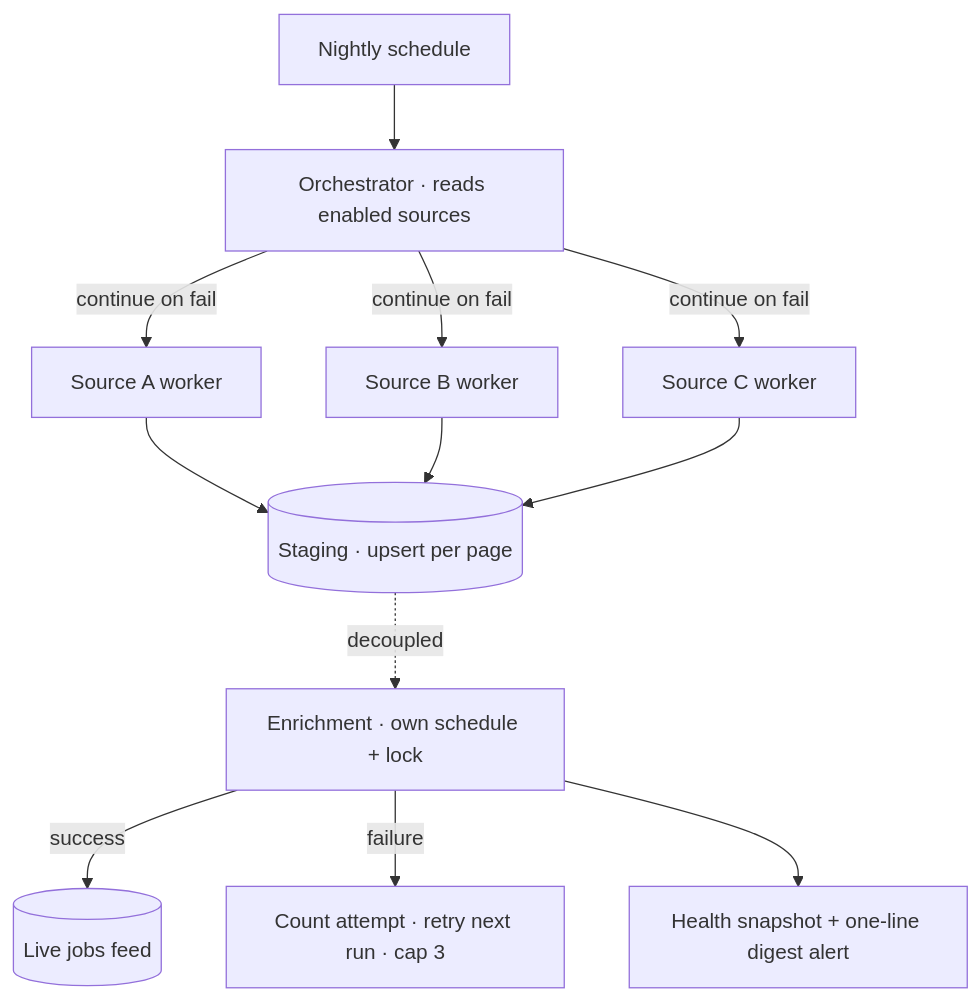
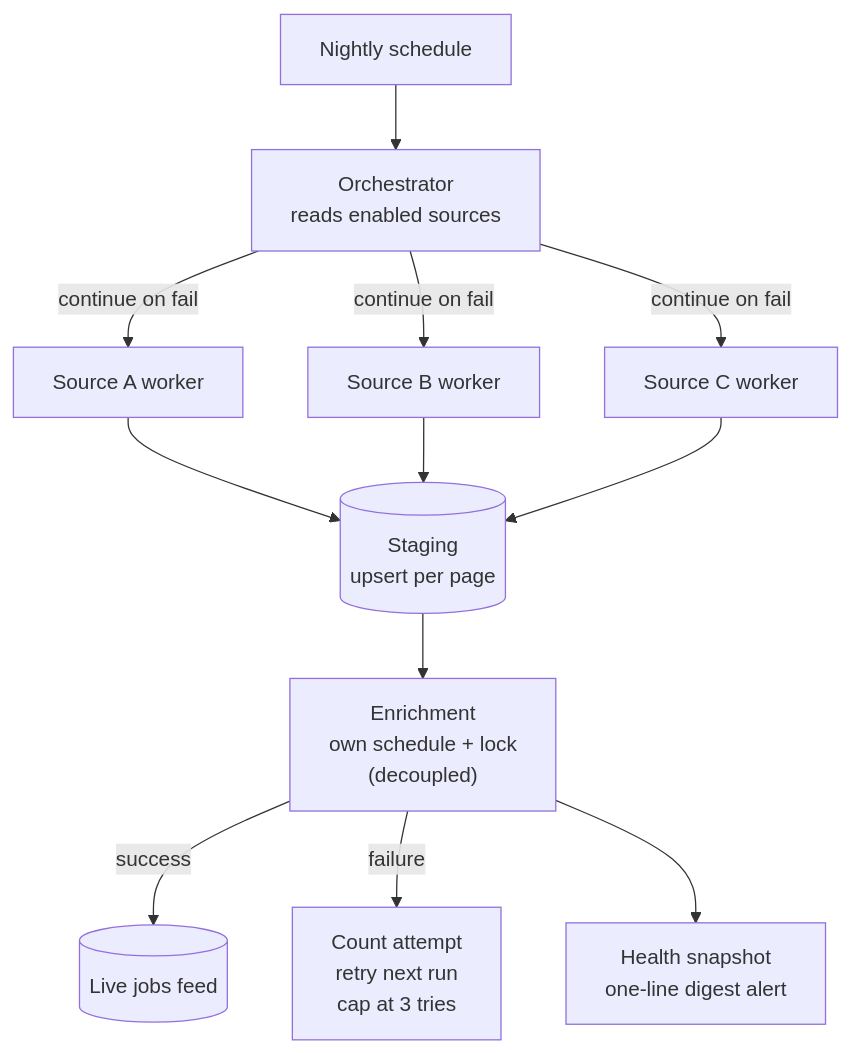
One commit to jesscancode/tech-job-scraper-case-study changed the fourth of 5 diagrams in README.md. Above: the diagram before and after it, drawn with Mermaid. The commit also changed other lines of this file, not shown here.

````diff
--- a/README.md
+++ b/README.md
@@ -163,14 +163,14 @@
 ```mermaid
 flowchart TB
-  SCHED["Nightly schedule"] --> ORCH["Orchestrator · reads enabled sources"]
+  SCHED["Nightly schedule"] --> ORCH["Orchestrator<br/>reads enabled sources"]
   ORCH -->|continue on fail| W1["Source A worker"]
   ORCH -->|continue on fail| W2["Source B worker"]
   ORCH -->|continue on fail| W3["Source C worker"]
-  W1 --> STG[("Staging · upsert per page")]
+  W1 --> STG[("Staging<br/>upsert per page")]
   W2 --> STG
   W3 --> STG
-  STG -. decoupled .-> ENR["Enrichment · own schedule + lock"]
+  STG --> ENR["Enrichment<br/>own schedule + lock<br/>(decoupled)"]
   ENR -->|success| LIVE[("Live jobs feed")]
-  ENR -->|failure| RETRY["Count attempt · retry next run · cap 3"]
-  ENR --> HEALTH["Health snapshot + one-line digest alert"]
+  ENR -->|failure| RETRY["Count attempt<br/>retry next run<br/>cap at 3 tries"]
+  ENR --> HEALTH["Health snapshot<br/>one-line digest alert"]
 ```
````
